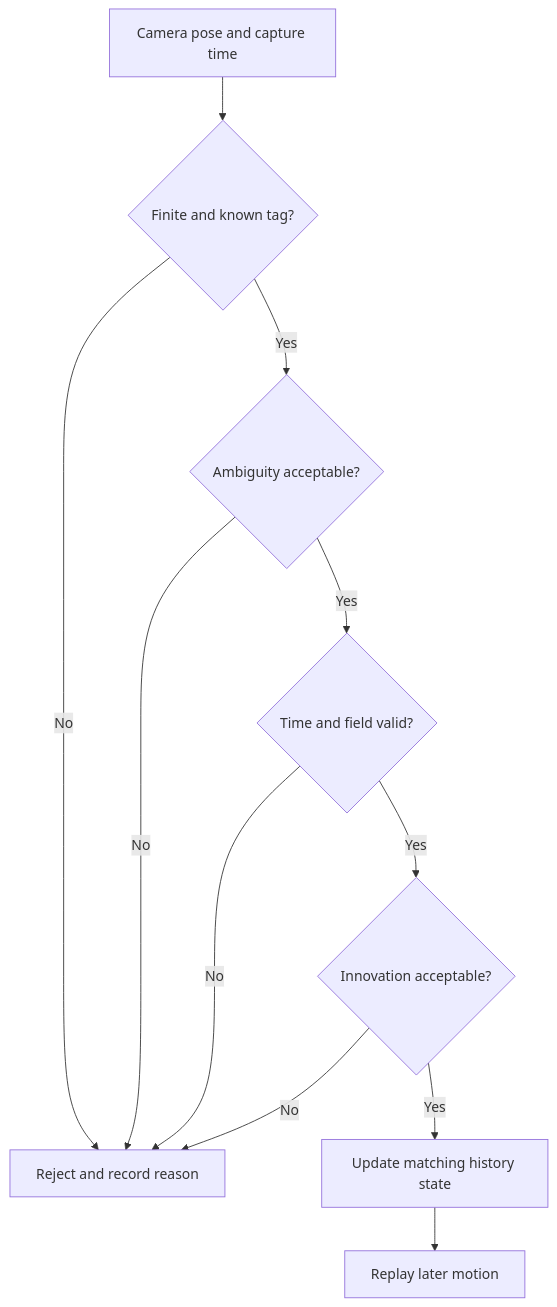
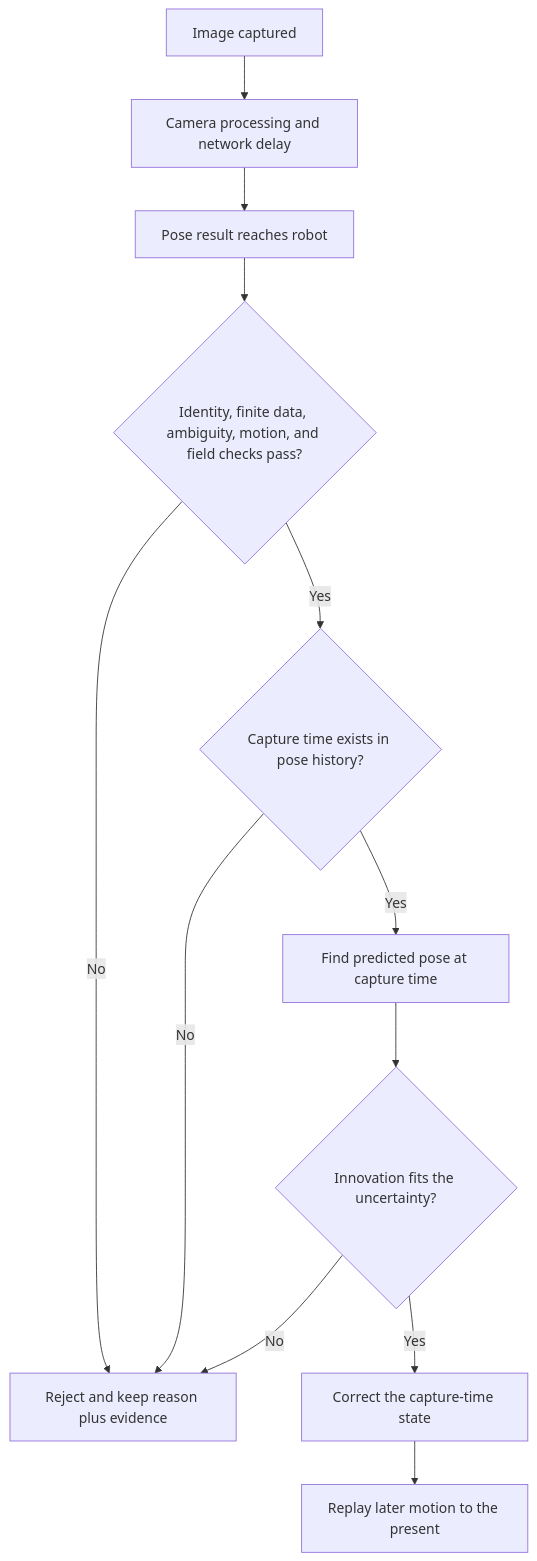
One commit to ARES-23247/ARESWEB changed the diagram in content/learning/controls/07-vision-rejection.md. Above: the diagram before and after it, drawn with Mermaid. The commit also changed other lines of this file and 5 other files, not shown here.

````diff
--- a/content/learning/controls/07-vision-rejection.md
+++ b/content/learning/controls/07-vision-rejection.md
@@ -39,14 +98,15 @@
 ```mermaid
-%% aria: A camera pose passes through finite-data, known-tag, ambiguity, capture-time, field-bound, and innovation checks. Passing data updates pose history. Failing data records a rejection reason. Later motion is replayed after an accepted delayed update.
+%% aria: A camera image is captured before its pose result reaches the robot. The result first passes identity, finite-data, ambiguity, motion, field, and time checks. ARES compares an accepted result with the saved pose at capture time. A failed check stores a reason. A passed update corrects the saved state and replays later motion.
 flowchart TD
-  C["Camera pose and capture time"] --> F{"Finite and known tag?"}
-  F -->|No| R["Reject and record reason"]
-  F -->|Yes| A{"Ambiguity acceptable?"}
-  A -->|No| R
-  A -->|Yes| T{"Time and field valid?"}
+  C["Image captured"] --> L["Camera processing and network delay"]
+  L --> M["Pose result reaches robot"]
+  M --> P{"Identity, finite data, ambiguity, motion, and field checks pass?"}
+  P -->|No| R["Reject and keep reason plus evidence"]
+  P -->|Yes| T{"Capture time exists in pose history?"}
   T -->|No| R
-  T -->|Yes| I{"Innovation acceptable?"}
+  T -->|Yes| H["Find predicted pose at capture time"]
+  H --> I{"Innovation fits the uncertainty?"}
   I -->|No| R
-  I -->|Yes| H["Update matching history state"]
-  H --> P["Replay later motion"]
+  I -->|Yes| U["Correct the capture-time state"]
+  U --> E["Replay later motion to the present"]
 ```
````
